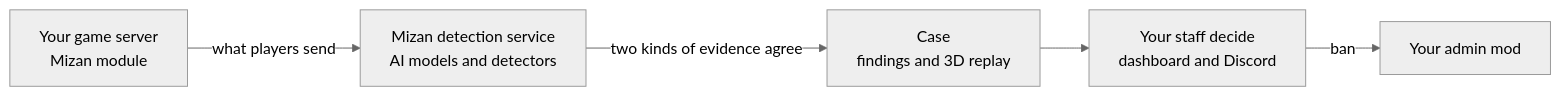
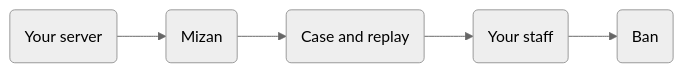
The diagram in README.md (MizanAC/gmod-anticheat), drawn with Mermaid (neutral theme) before and after one commit.

Commit message:
Shorten the flow diagram so it reads at any width

````diff
--- a/README.md
+++ b/README.md
@@ -35,7 +35,4 @@
 ```mermaid
 flowchart LR
-    A["Your game server<br/>Mizan module"] -- "what players send" --> B["Mizan detection service<br/>AI models and detectors"]
-    B -- "two kinds of evidence agree" --> C["Case<br/>findings and 3D replay"]
-    C --> D["Your staff decide<br/>dashboard and Discord"]
-    D -- "ban" --> E["Your admin mod"]
+    A(Your server) --> B(Mizan) --> C(Case and replay) --> D(Your staff) --> E(Ban)
 ```
````
